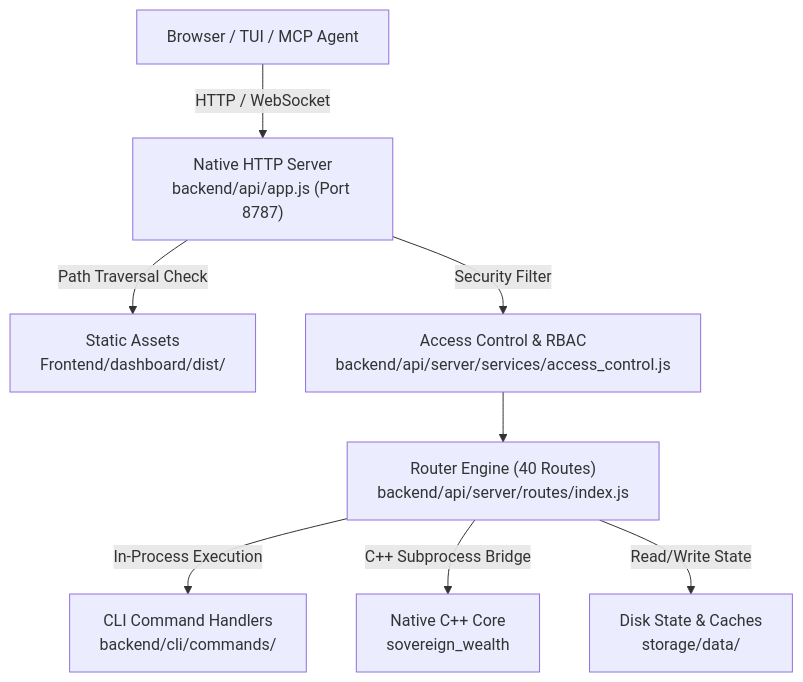
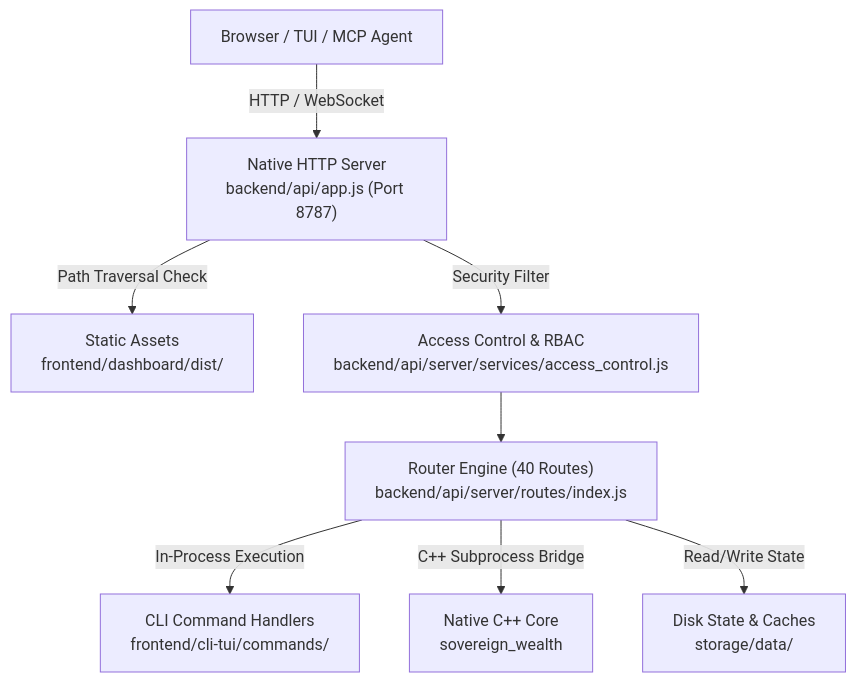
The diagram in docs/reference/api/web_rest_and_websocket_api.md (vgbn2/personal_finance_draft), drawn with Mermaid before and after one commit. The commit also changed other lines of this file and 178 other files, not shown here.

````diff
--- a/docs/reference/api/web_rest_and_websocket_api.md
+++ b/docs/reference/api/web_rest_and_websocket_api.md
@@ -34,10 +34,10 @@
 ```mermaid
 flowchart TD
     CLIENT["Browser / TUI / MCP Agent"] -->|HTTP / WebSocket| APP["Native HTTP Server<br/>backend/api/app.js (Port 8787)"]
-    APP -->|Path Traversal Check| STATIC["Static Assets<br/>Frontend/dashboard/dist/"]
+    APP -->|Path Traversal Check| STATIC["Static Assets<br/>frontend/dashboard/dist/"]
     APP -->|Security Filter| ACCESS["Access Control & RBAC<br/>backend/api/server/services/access_control.js"]
     ACCESS --> ROUTER["Router Engine (40 Routes)<br/>backend/api/server/routes/index.js"]
-    ROUTER -->|In-Process Execution| CLI["CLI Command Handlers<br/>backend/cli/commands/"]
+    ROUTER -->|In-Process Execution| CLI["CLI Command Handlers<br/>frontend/cli-tui/commands/"]
     ROUTER -->|C++ Subprocess Bridge| CORE["Native C++ Core<br/>sovereign_wealth"]
     ROUTER -->|Read/Write State| CACHE["Disk State & Caches<br/>storage/data/"]
 ```
````
